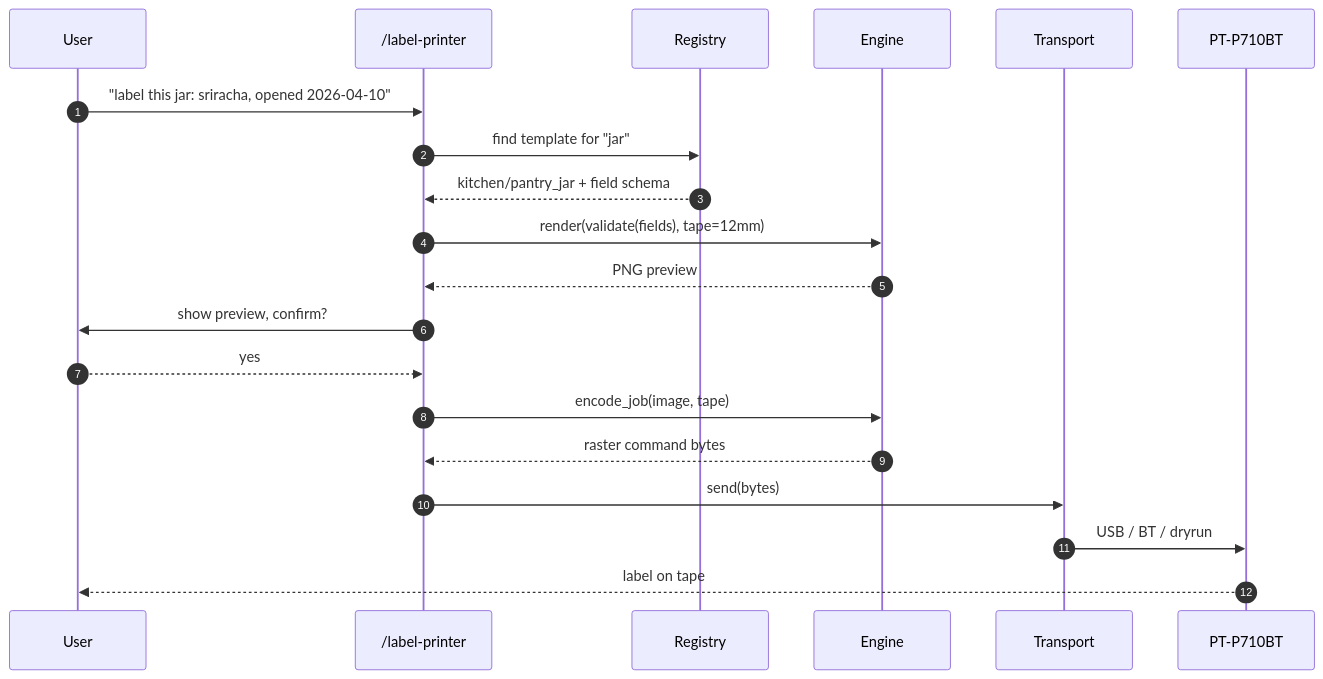
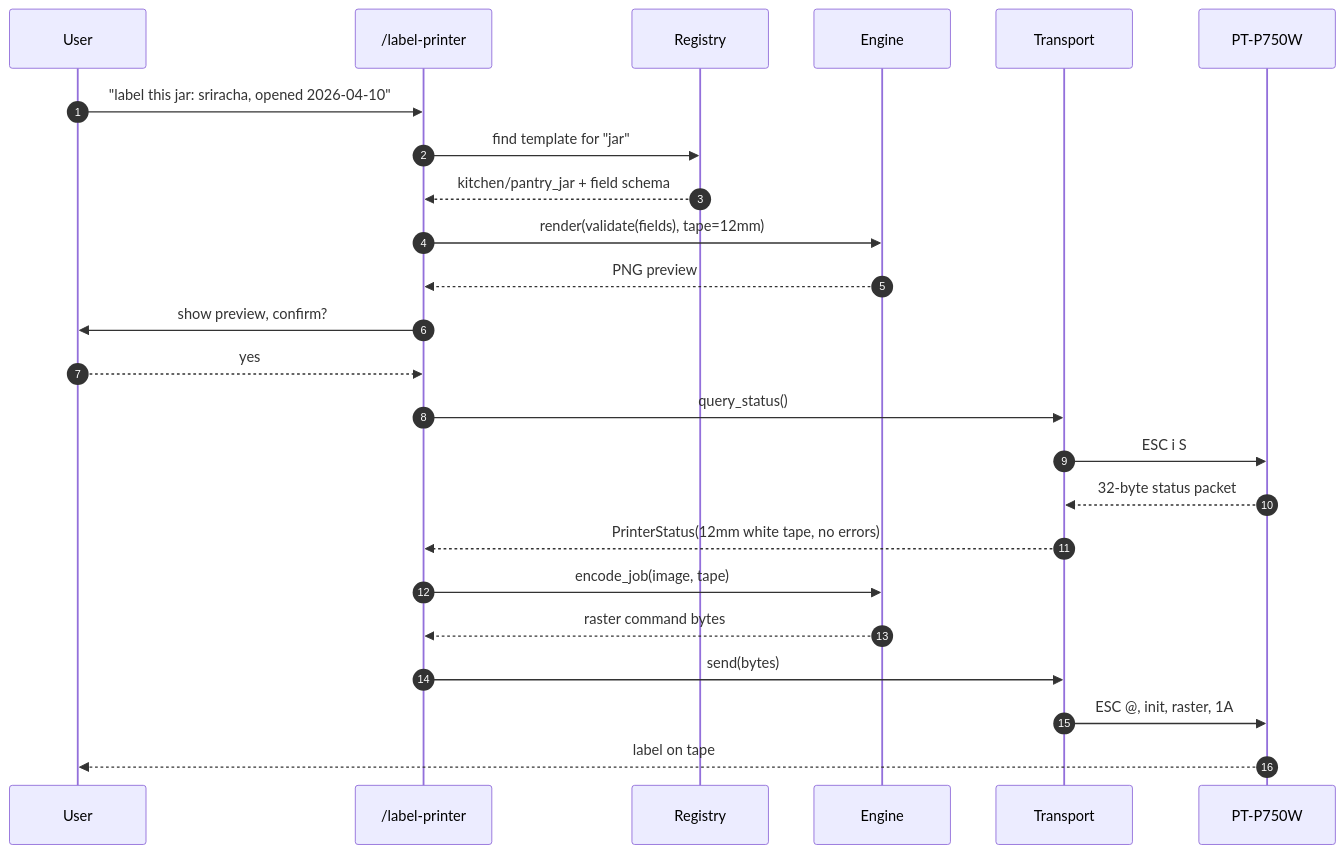
Before and after one commit to aes87/brother-ptouch-automation: the second of 5 diagrams in README.md, drawn with Mermaid. The commit also changed other lines of this file, not shown here.

First line of the commit message:
Rewrite README to showcase every feature + update all diagrams

````diff
--- a/README.md
+++ b/README.md
@@ -79,23 +252,27 @@
 ```mermaid
 sequenceDiagram
     autonumber
     participant User
     participant Skill as /label-printer
     participant Registry
     participant Engine
     participant Transport
-    participant Printer as PT-P710BT
+    participant Printer as PT-P750W
 
     User->>Skill: "label this jar: sriracha, opened 2026-04-10"
     Skill->>Registry: find template for "jar"
     Registry-->>Skill: kitchen/pantry_jar + field schema
     Skill->>Engine: render(validate(fields), tape=12mm)
     Engine-->>Skill: PNG preview
     Skill->>User: show preview, confirm?
     User-->>Skill: yes
+    Skill->>Transport: query_status()
+    Transport->>Printer: ESC i S
+    Printer-->>Transport: 32-byte status packet
+    Transport-->>Skill: PrinterStatus(12mm white tape, no errors)
     Skill->>Engine: encode_job(image, tape)
     Engine-->>Skill: raster command bytes
     Skill->>Transport: send(bytes)
-    Transport->>Printer: USB / BT / dryrun
+    Transport->>Printer: ESC @, init, raster, 1A
     Printer-->>User: label on tape
 ```
````
